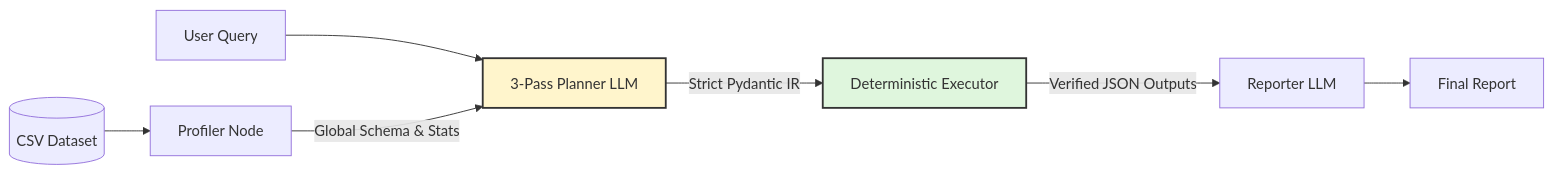
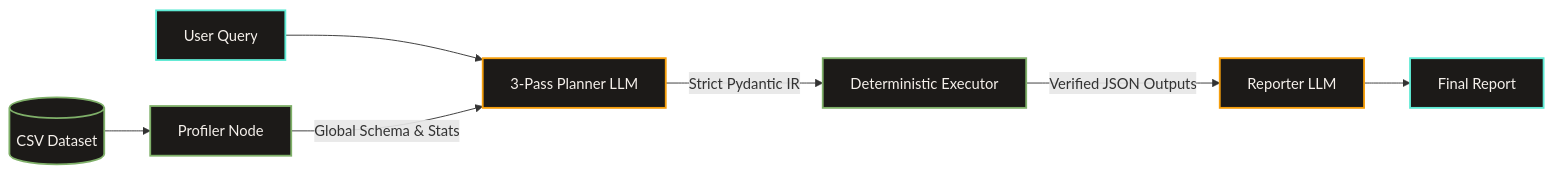
Before and after one commit to mohamadmeri/scrygent: the diagram in README.md, drawn with Mermaid. The commit also changed other lines of this file and 2 other files, not shown here.

````diff
--- a/README.md
+++ b/README.md
@@ -46,12 +46,17 @@
 ```mermaid
 flowchart LR
     U[User Query] --> PL[3-Pass Planner LLM]
     CSV[(CSV Dataset)] --> P[Profiler Node]
     P -->|Global Schema & Stats| PL
     PL -->|Strict Pydantic IR| EX[Deterministic Executor]
     EX -->|Verified JSON Outputs| R[Reporter LLM]
     R --> OUT[Final Report]
     
-    style EX fill:#dff6dd,stroke:#333,stroke-width:2px
-    style PL fill:#fff5cc,stroke:#333,stroke-width:2px
+    style U fill:#1C1A18,stroke:#5EEAD4,stroke-width:2px,color:#F5F0EB
+    style CSV fill:#1C1A18,stroke:#7FB069,stroke-width:2px,color:#F5F0EB
+    style P fill:#1C1A18,stroke:#7FB069,stroke-width:2px,color:#F5F0EB
+    style PL fill:#1C1A18,stroke:#F59E0B,stroke-width:2px,color:#F5F0EB
+    style EX fill:#1C1A18,stroke:#7FB069,stroke-width:2px,color:#F5F0EB
+    style R fill:#1C1A18,stroke:#F59E0B,stroke-width:2px,color:#F5F0EB
+    style OUT fill:#1C1A18,stroke:#5EEAD4,stroke-width:2px,color:#F5F0EB
 ```
````
